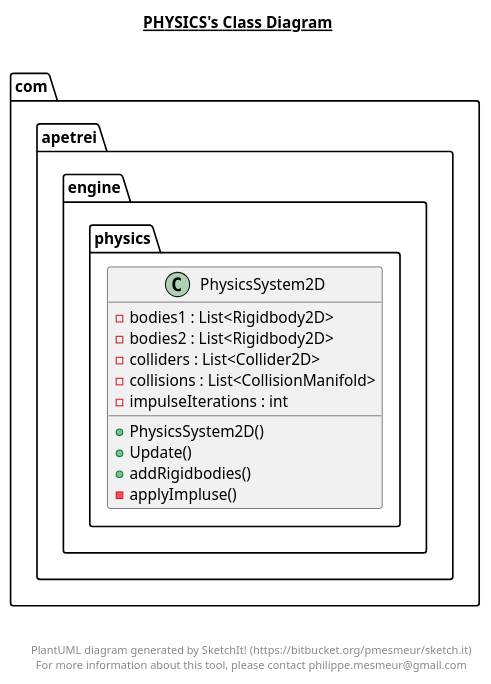
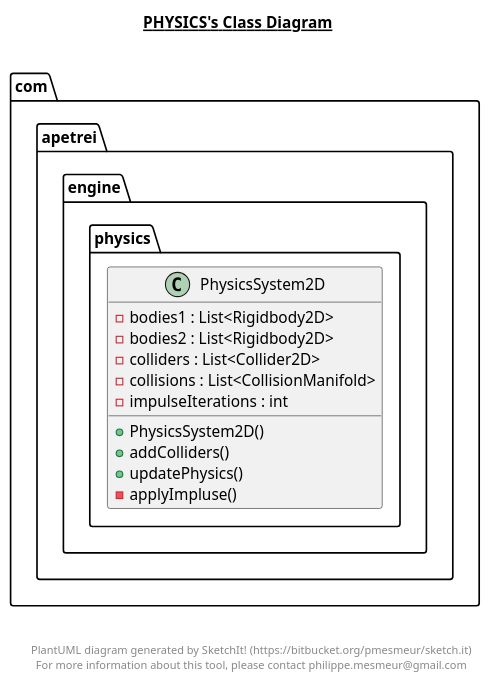
One commit to TheWiseWolfy/Wild-Sky changed the diagram in src/com/apetrei/engine/physics/physics.plantuml. Above: the diagram before and after it, drawn with PlantUML. The commit also changed 61 other files, not shown here.

```diff
--- a/src/com/apetrei/engine/physics/physics.plantuml
+++ b/src/com/apetrei/engine/physics/physics.plantuml
@@ -1,31 +1,31 @@
 @startuml
 
 title __PHYSICS's Class Diagram__\n
 
   namespace com.apetrei.engine {
     namespace physics {
       class com.apetrei.engine.physics.PhysicsSystem2D {
           - bodies1 : List<Rigidbody2D>
           - bodies2 : List<Rigidbody2D>
           - colliders : List<Collider2D>
           - collisions : List<CollisionManifold>
           - impulseIterations : int
           + PhysicsSystem2D()
-          + Update()
-          + addRigidbodies()
+          + addColliders()
+          + updatePhysics()
           - applyImpluse()
       }
     }
   }
   
 
 
 
 right footer
 
 
 PlantUML diagram generated by SketchIt! (https://bitbucket.org/pmesmeur/sketch.it)
 For more information about this tool, please contact philippe.mesmeur@gmail.com
 endfooter
 
 @enduml
```
